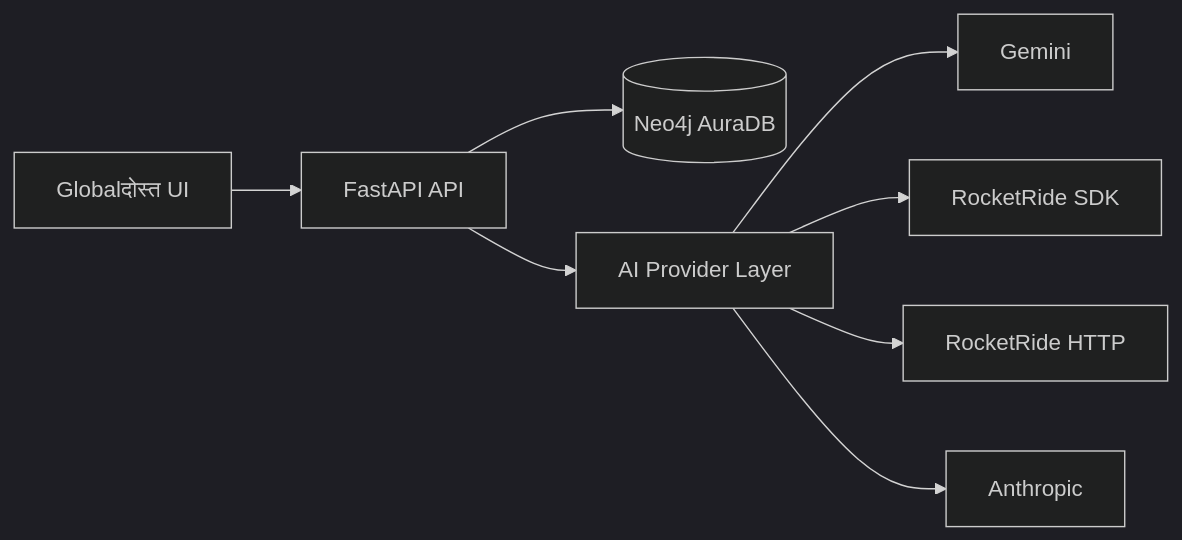
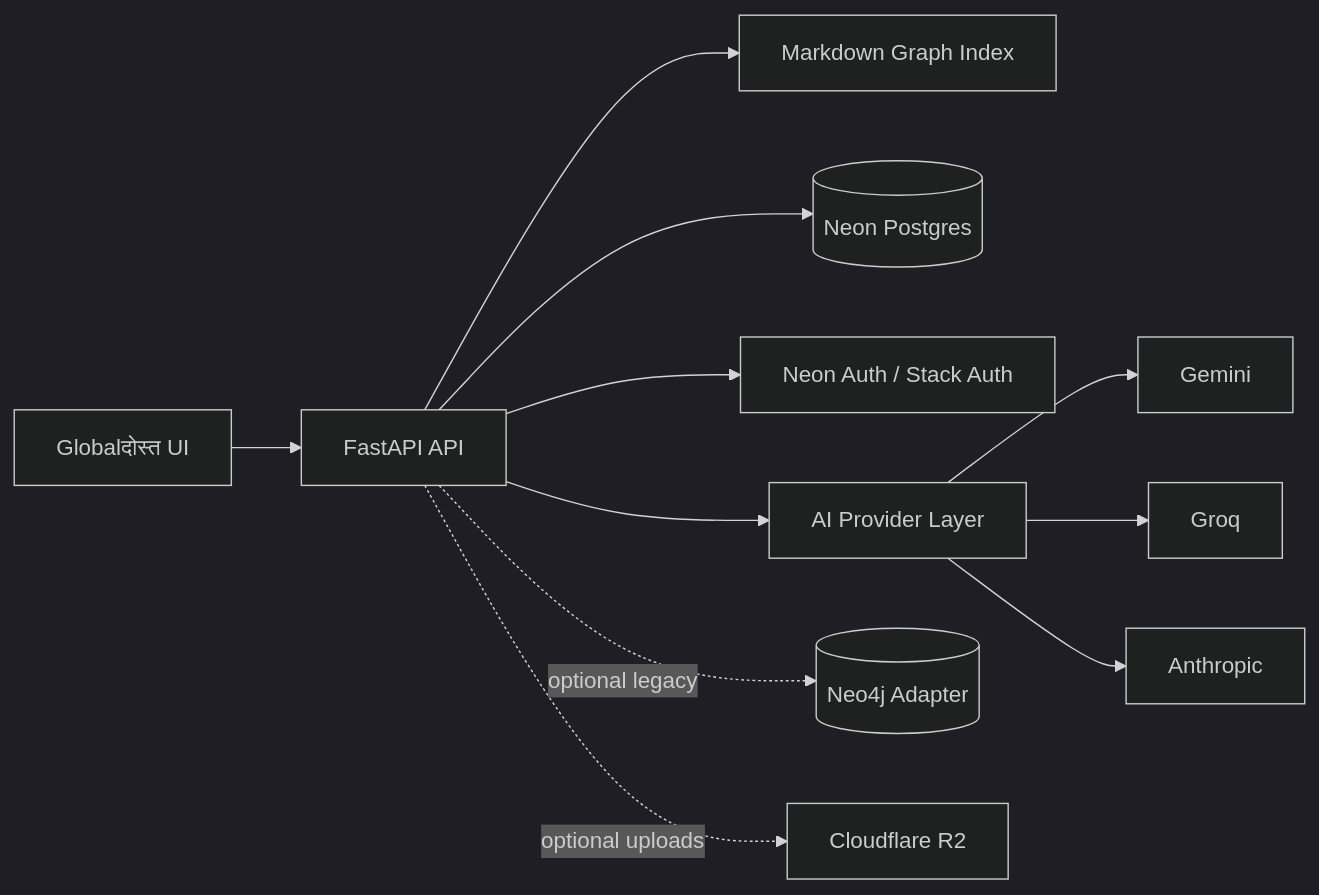
Before and after one commit to ikathuria/GlobalBuddy: the first of 2 diagrams in docs/architecture.md, drawn with Mermaid (dark theme). The commit also changed other lines of this file and 47 other files, not shown here.

Commit message:
Complete markdown graph milestone

````diff
--- a/docs/architecture.md
+++ b/docs/architecture.md
@@ -6,10 +6,13 @@
 ```mermaid
 flowchart LR
   U[Globalदोस्त UI] --> B[FastAPI API]
-  B --> N[(Neo4j AuraDB)]
+  B --> KG[Markdown Graph Index]
+  B --> DB[(Neon Postgres)]
+  B --> AUTH[Neon Auth / Stack Auth]
   B --> A[AI Provider Layer]
   A --> G[Gemini]
-  A --> RS[RocketRide SDK]
-  A --> RH[RocketRide HTTP]
+  A --> GR[Groq]
   A --> AN[Anthropic]
+  B -. optional legacy .-> N[(Neo4j Adapter)]
+  B -. optional uploads .-> R2[Cloudflare R2]
 ```
````
